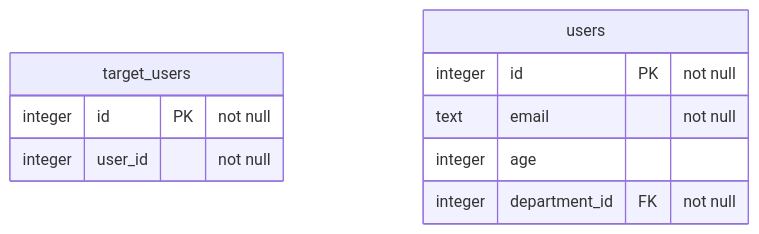
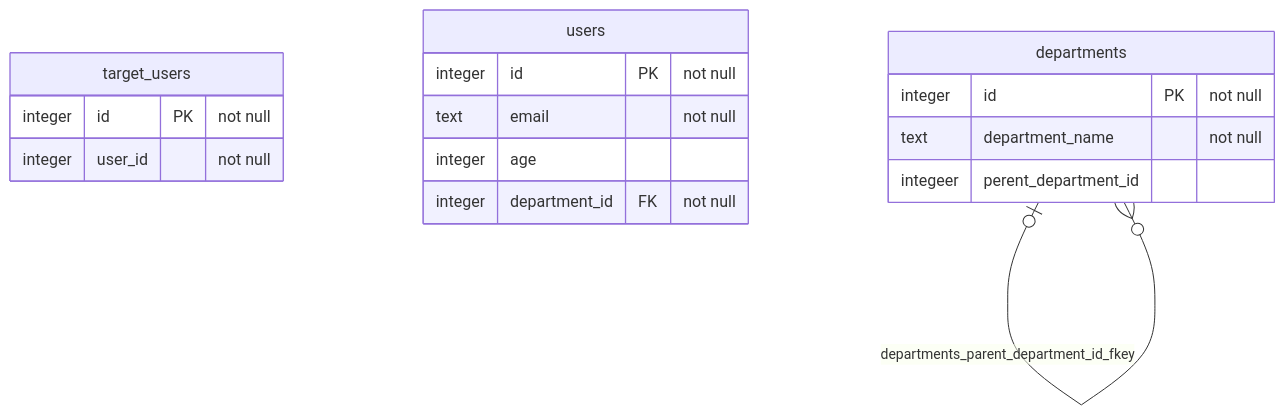
One commit to todokr/grokschema changed the diagram in example-er.md. Above: the diagram before and after it, drawn with Mermaid.

````diff
--- a/example-er.md
+++ b/example-er.md
@@ -4,13 +4,20 @@
 ```mermaid
+
 erDiagram
   target_users {
     integer id PK "not null"
     integer user_id "not null"
   }
   users {
     integer id PK "not null"
     text email "not null"
     integer age
     integer department_id FK "not null"
   }
+  departments {
+    integer id PK "not null"
+    text department_name "not null"
+    integeer perent_department_id
+  }
+  departments o| -- o{ departments : "departments_parent_department_id_fkey"
 ```
````
